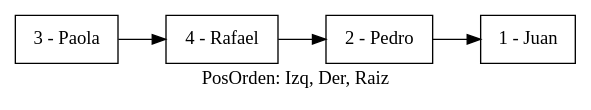
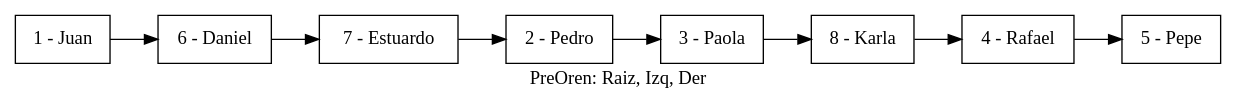
One commit to elJuanjoRamos/EDD_1S2020_PY1_201801262 changed the diagram in EDD_Proyecto1/EDD_Proyecto1/ArbolRecorrido.dot. Above: the diagram before and after it, drawn with Graphviz. The commit also changed 25 other files, not shown here.

```diff
--- a/EDD_Proyecto1/EDD_Proyecto1/ArbolRecorrido.dot
+++ b/EDD_Proyecto1/EDD_Proyecto1/ArbolRecorrido.dot
@@ -1,9 +1,17 @@
-digraph G {rankdir=LR;label="PosOrden: Izq, Der, Raiz";node[shape=box];
+digraph G {rankdir=LR;label="PreOren: Raiz, Izq, Der";node[shape=box];
+nodo1 [ label ="1 - Juan"];
+nodo6 [ label ="6 - Daniel"];
+nodo7 [ label ="7 - Estuardo"];
+nodo2 [ label ="2 - Pedro"];
 nodo3 [ label ="3 - Paola"];
+nodo8 [ label ="8 - Karla"];
 nodo4 [ label ="4 - Rafael"];
-nodo2 [ label ="2 - Pedro"];
-nodo1 [ label ="1 - Juan"];
-nodo3-> nodo4
-nodo4-> nodo2
-nodo2-> nodo1
+nodo5 [ label ="5 - Pepe"];
+nodo1-> nodo6
+nodo6-> nodo7
+nodo7-> nodo2
+nodo2-> nodo3
+nodo3-> nodo8
+nodo8-> nodo4
+nodo4-> nodo5
 }
```
